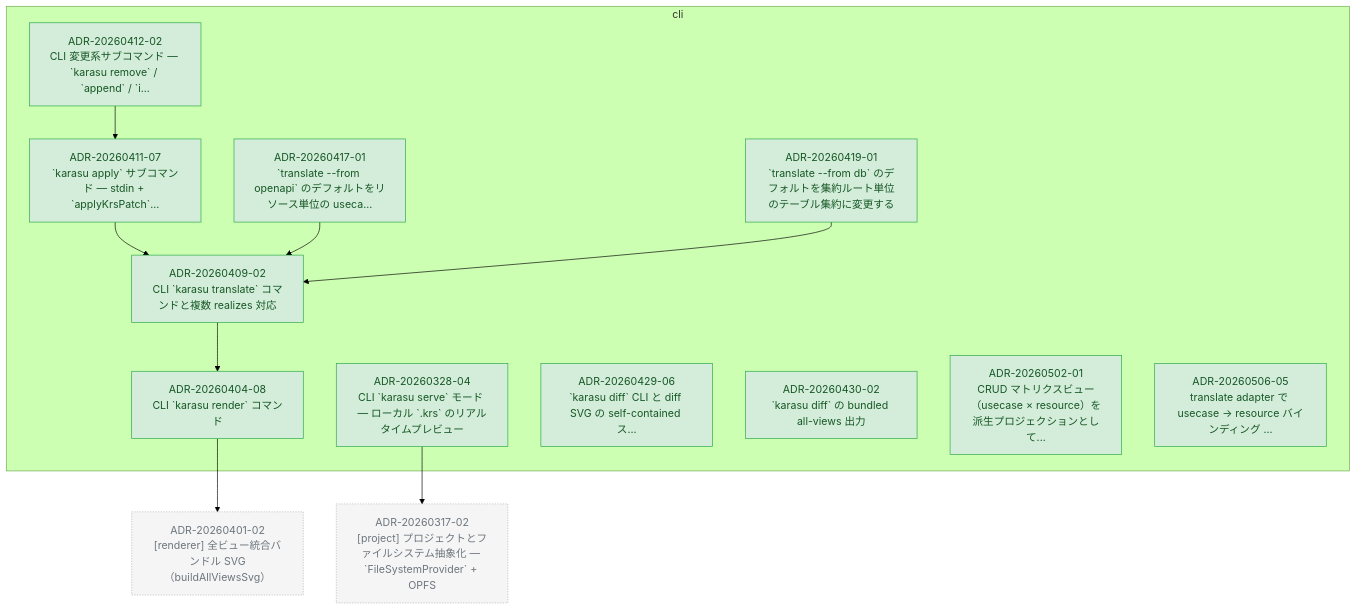
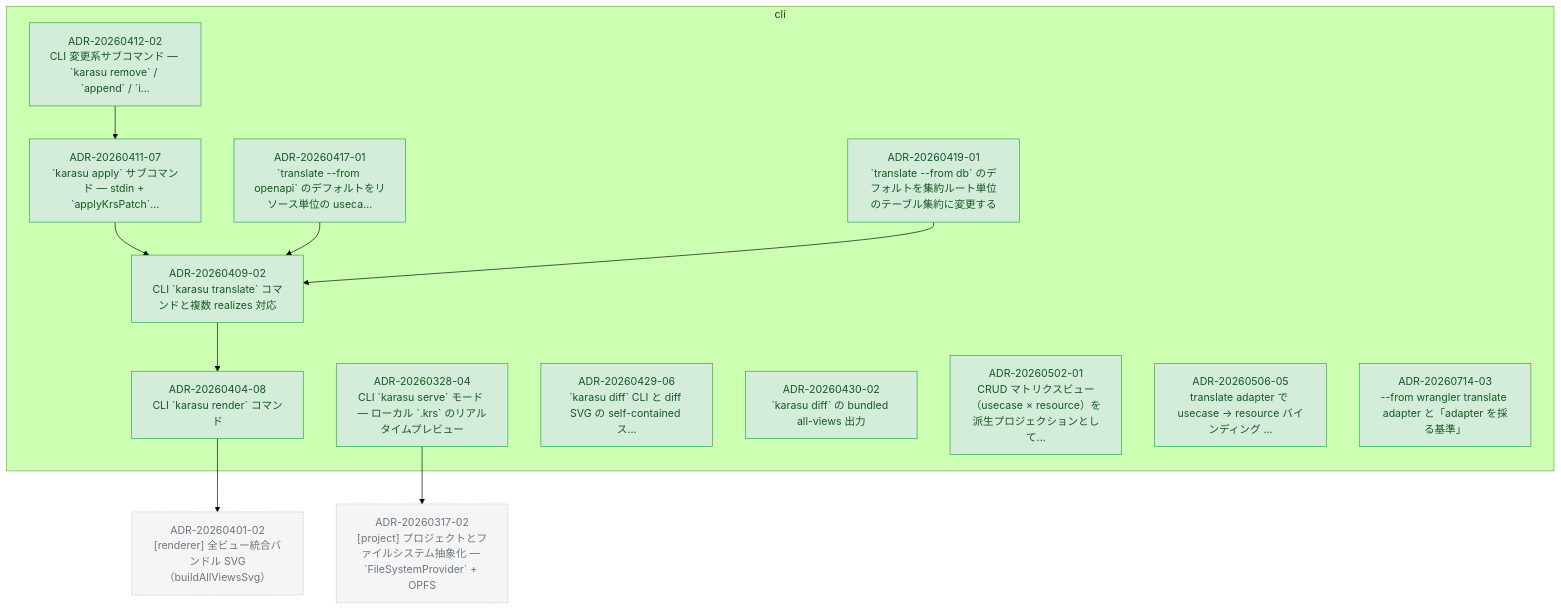
Before and after one commit to kompiro/karasu: the diagram in docs/adr/graph/cli.md, drawn with Mermaid (forest theme). The commit also changed other lines of this file and 5 other files, not shown here.

First line of the commit message:
docs(adr): promote wrangler translate adapter design to ADR-20260714-03

````diff
--- a/docs/adr/graph/cli.md
+++ b/docs/adr/graph/cli.md
@@ -6,45 +6,47 @@
 ```mermaid
 flowchart TD
   subgraph cli["cli"]
     ADR_20260328_04["ADR-20260328-04<br/>CLI `karasu serve` モード — ローカル `.krs` のリアルタイムプレビュー"]
     ADR_20260404_08["ADR-20260404-08<br/>CLI `karasu render` コマンド"]
     ADR_20260409_02["ADR-20260409-02<br/>CLI `karasu translate` コマンドと複数 realizes 対応"]
     ADR_20260411_07["ADR-20260411-07<br/>`karasu apply` サブコマンド — stdin + `applyKrsPatch`..."]
     ADR_20260412_02["ADR-20260412-02<br/>CLI 変更系サブコマンド — `karasu remove` / `append` / `i..."]
     ADR_20260417_01["ADR-20260417-01<br/>`translate --from openapi` のデフォルトをリソース単位の useca..."]
     ADR_20260419_01["ADR-20260419-01<br/>`translate --from db` のデフォルトを集約ルート単位のテーブル集約に変更する"]
     ADR_20260429_06["ADR-20260429-06<br/>`karasu diff` CLI と diff SVG の self-contained ス..."]
     ADR_20260430_02["ADR-20260430-02<br/>`karasu diff` の bundled all-views 出力"]
     ADR_20260502_01["ADR-20260502-01<br/>CRUD マトリクスビュー（usecase × resource）を派生プロジェクションとして..."]
     ADR_20260506_05["ADR-20260506-05<br/>translate adapter で usecase → resource バインディング ..."]
+    ADR_20260714_03["ADR-20260714-03<br/>--from wrangler translate adapter と「adapter を採る基準」"]
   end
   ADR_20260317_02["ADR-20260317-02<br/>[project] プロジェクトとファイルシステム抽象化 — `FileSystemProvider` + OPFS"]
   ADR_20260401_02["ADR-20260401-02<br/>[renderer] 全ビュー統合バンドル SVG（buildAllViewsSvg）"]
   ADR_20260328_04 --> ADR_20260317_02
   ADR_20260404_08 --> ADR_20260401_02
   ADR_20260409_02 --> ADR_20260404_08
   ADR_20260411_07 --> ADR_20260409_02
   ADR_20260412_02 --> ADR_20260411_07
   ADR_20260417_01 --> ADR_20260409_02
   ADR_20260419_01 --> ADR_20260409_02
 
   classDef accepted fill:#d4edda,stroke:#28a745,color:#155724
   classDef proposed fill:#fff3cd,stroke:#ffc107,color:#856404
   classDef deprecated fill:#f8d7da,stroke:#dc3545,color:#721c24
   classDef superseded fill:#e2e3e5,stroke:#6c757d,color:#383d41
   classDef not_adopted fill:#e2e3e5,stroke:#6c757d,color:#383d41,stroke-dasharray:3 3
   classDef ghost fill:#f5f5f5,stroke:#adb5bd,color:#6c757d,stroke-dasharray:2 2
   class ADR_20260328_04 accepted
   class ADR_20260404_08 accepted
   class ADR_20260409_02 accepted
   class ADR_20260411_07 accepted
   class ADR_20260412_02 accepted
   class ADR_20260417_01 accepted
   class ADR_20260419_01 accepted
   class ADR_20260429_06 accepted
   class ADR_20260430_02 accepted
   class ADR_20260502_01 accepted
   class ADR_20260506_05 accepted
+  class ADR_20260714_03 accepted
   class ADR_20260317_02 ghost
   class ADR_20260401_02 ghost
 ```
````
